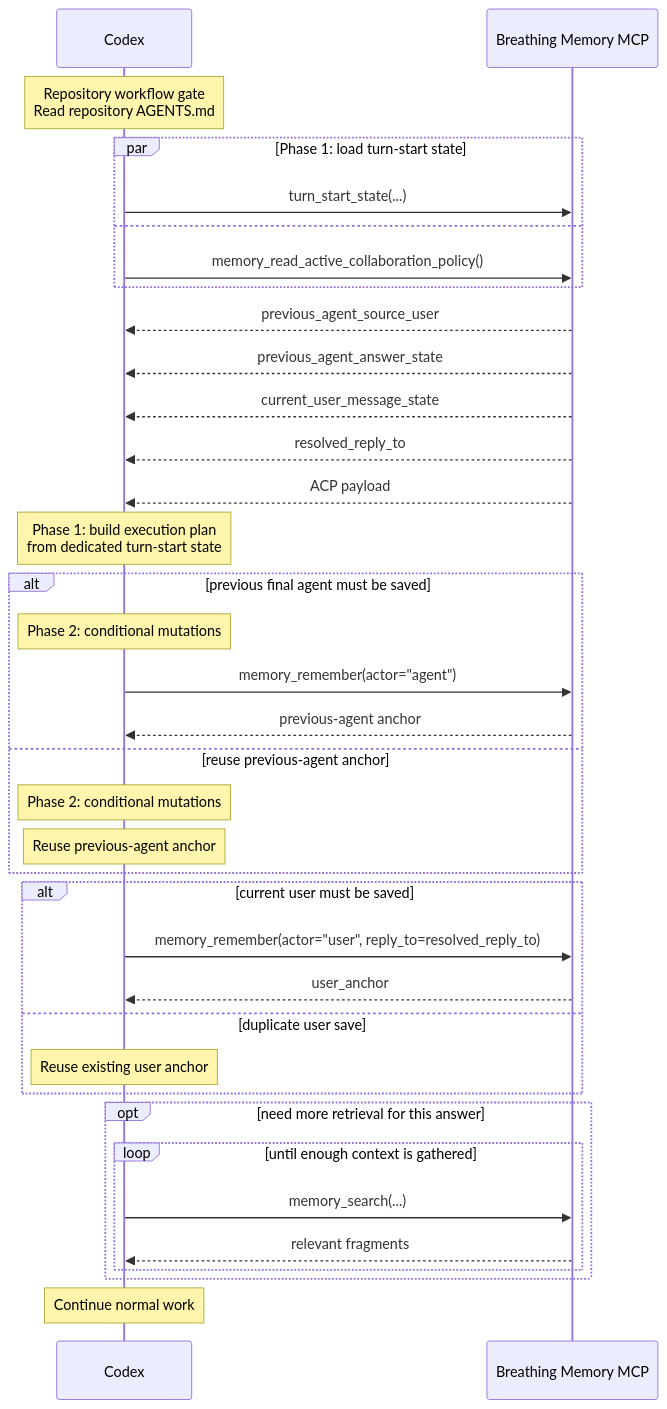
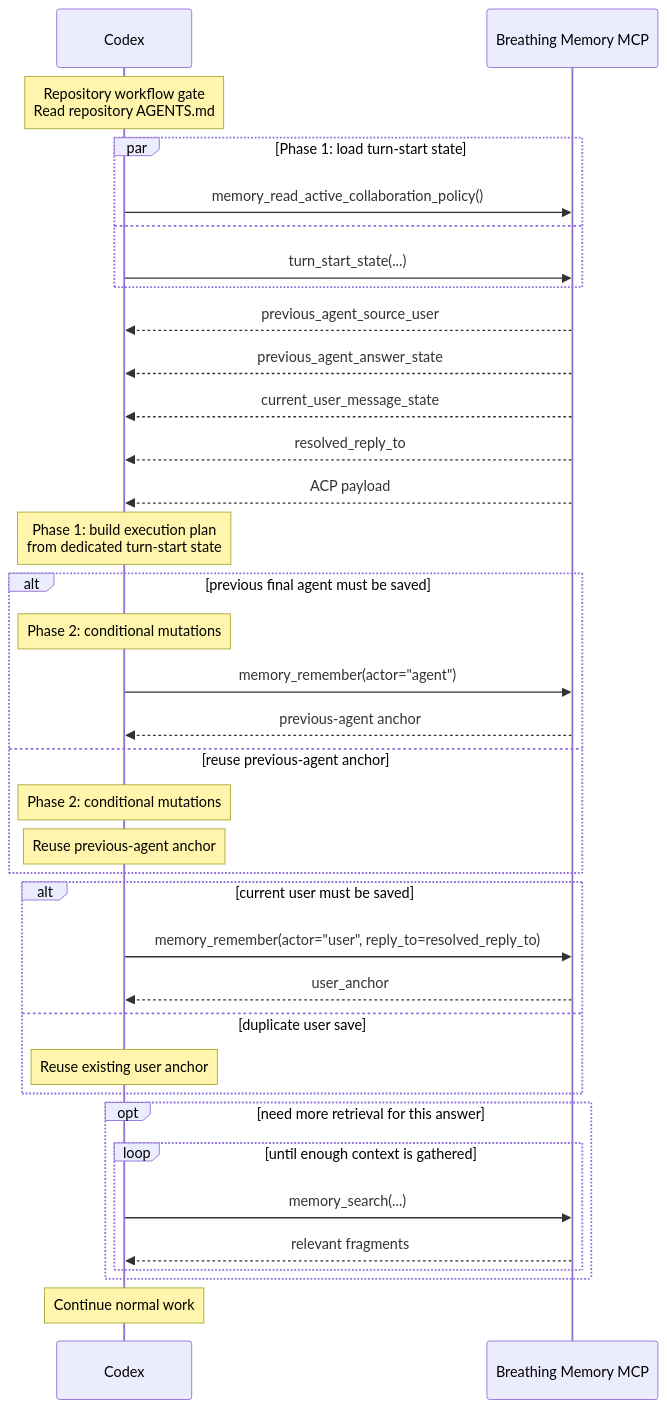
The first of 2 diagrams in docs/mcp-turn-flows.md (KazinaG/breathing_memory), drawn with Mermaid before and after one commit. The commit also changed other lines of this file, not shown here.

Commit message:
docs: reorder phase-1 calls in turn-flow diagrams

````diff
--- a/docs/mcp-turn-flows.md
+++ b/docs/mcp-turn-flows.md
@@ -40,46 +40,46 @@
 ```mermaid
 sequenceDiagram
     participant Codex
     participant BM as Breathing Memory MCP
 
     Note over Codex: Repository workflow gate<br/>Read repository AGENTS.md
 
     par Phase 1: load turn-start state
+        Codex->>BM: memory_read_active_collaboration_policy()
+    and
         Codex->>BM: turn_start_state(...)
-    and
-        Codex->>BM: memory_read_active_collaboration_policy()
     end
 
     BM-->>Codex: previous_agent_source_user
     BM-->>Codex: previous_agent_answer_state
     BM-->>Codex: current_user_message_state
     BM-->>Codex: resolved_reply_to
     BM-->>Codex: ACP payload
 
     Note over Codex: Phase 1: build execution plan<br/>from dedicated turn-start state
 
     alt previous final agent must be saved
         Note over Codex: Phase 2: conditional mutations
         Codex->>BM: memory_remember(actor="agent")
         BM-->>Codex: previous-agent anchor
     else reuse previous-agent anchor
         Note over Codex: Phase 2: conditional mutations
         Note over Codex: Reuse previous-agent anchor
     end
 
     alt current user must be saved
         Codex->>BM: memory_remember(actor="user", reply_to=resolved_reply_to)
         BM-->>Codex: user_anchor
     else duplicate user save
         Note over Codex: Reuse existing user anchor
     end
 
     opt need more retrieval for this answer
         loop until enough context is gathered
             Codex->>BM: memory_search(...)
             BM-->>Codex: relevant fragments
         end
     end
 
     Note over Codex: Continue normal work
 ```
````
